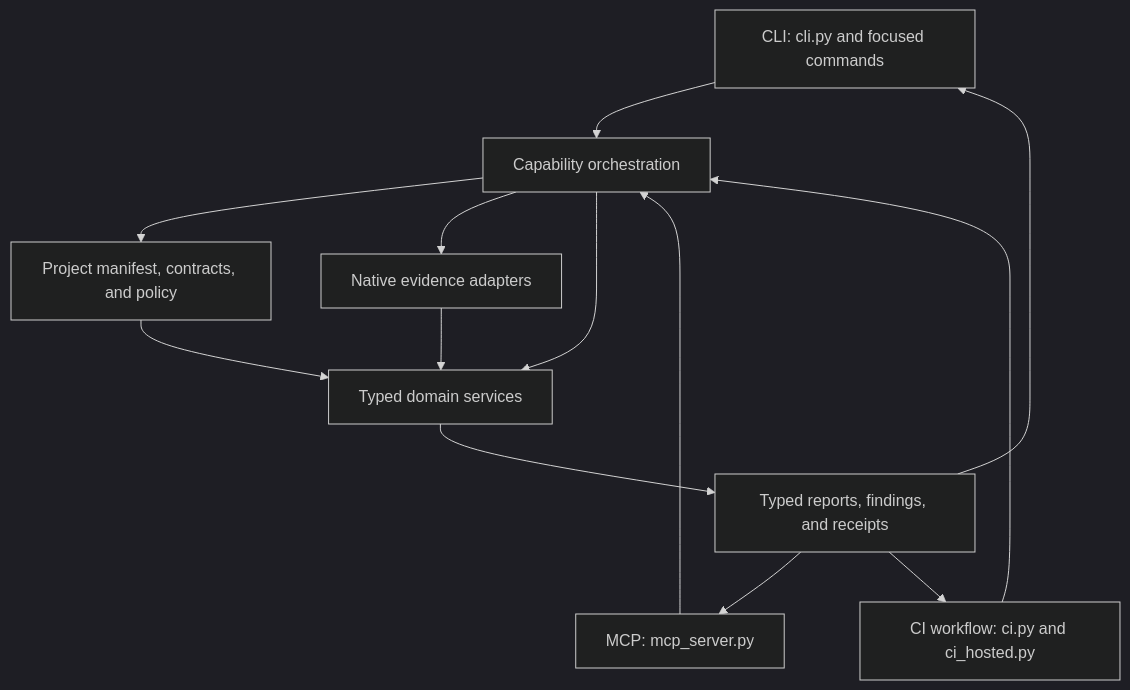
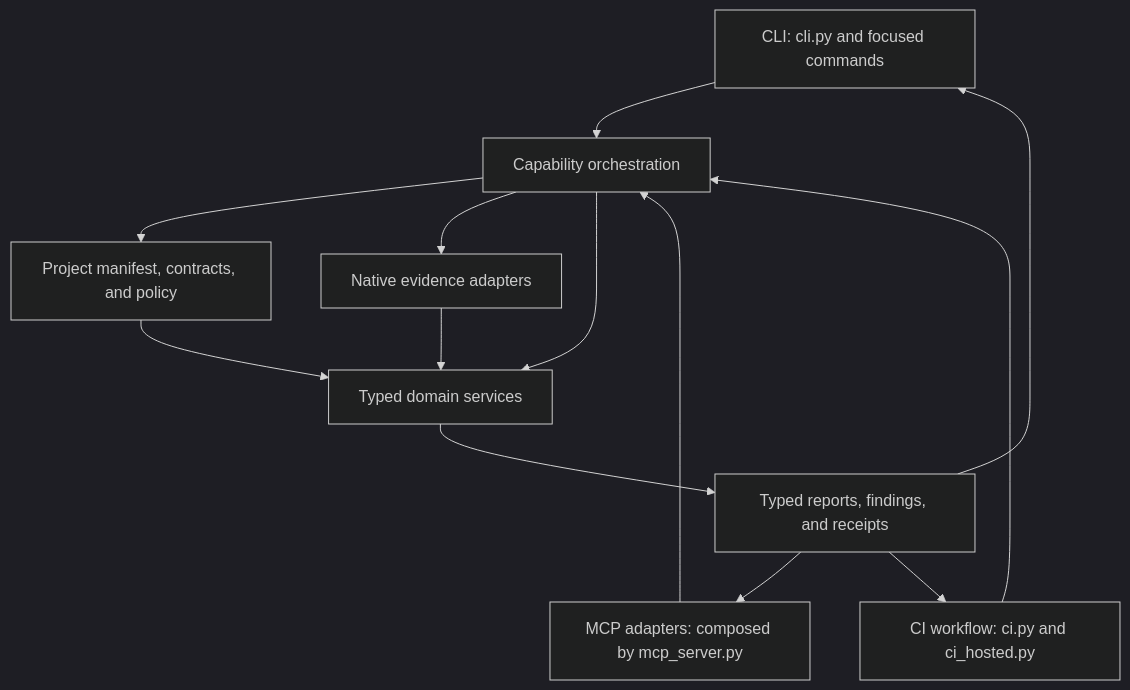
One commit to sheepfling/KiCad-Tooling changed the diagram in docs/ARCHITECTURE_MAP.md. Above: the diagram before and after it, drawn with Mermaid (dark theme). The commit also changed other lines of this file and 294 other files, not shown here.

````diff
--- a/docs/ARCHITECTURE_MAP.md
+++ b/docs/ARCHITECTURE_MAP.md
@@ -11,23 +11,23 @@
 ```mermaid
 flowchart TD
     CLI[CLI: cli.py and focused commands]
-    MCP[MCP: mcp_server.py]
+    MCP[MCP adapters: composed by mcp_server.py]
     CI[CI workflow: ci.py and ci_hosted.py]
     OP[Capability orchestration]
     INTENT[Project manifest, contracts, and policy]
     NATIVE[Native evidence adapters]
     SERVICE[Typed domain services]
     REPORT[Typed reports, findings, and receipts]
     CLI --> OP
     MCP --> OP
     CI --> OP
     OP --> INTENT
     OP --> NATIVE
     OP --> SERVICE
     INTENT --> SERVICE
     NATIVE --> SERVICE
     SERVICE --> REPORT
     REPORT --> CLI
     REPORT --> MCP
     REPORT --> CI
 ```
````
